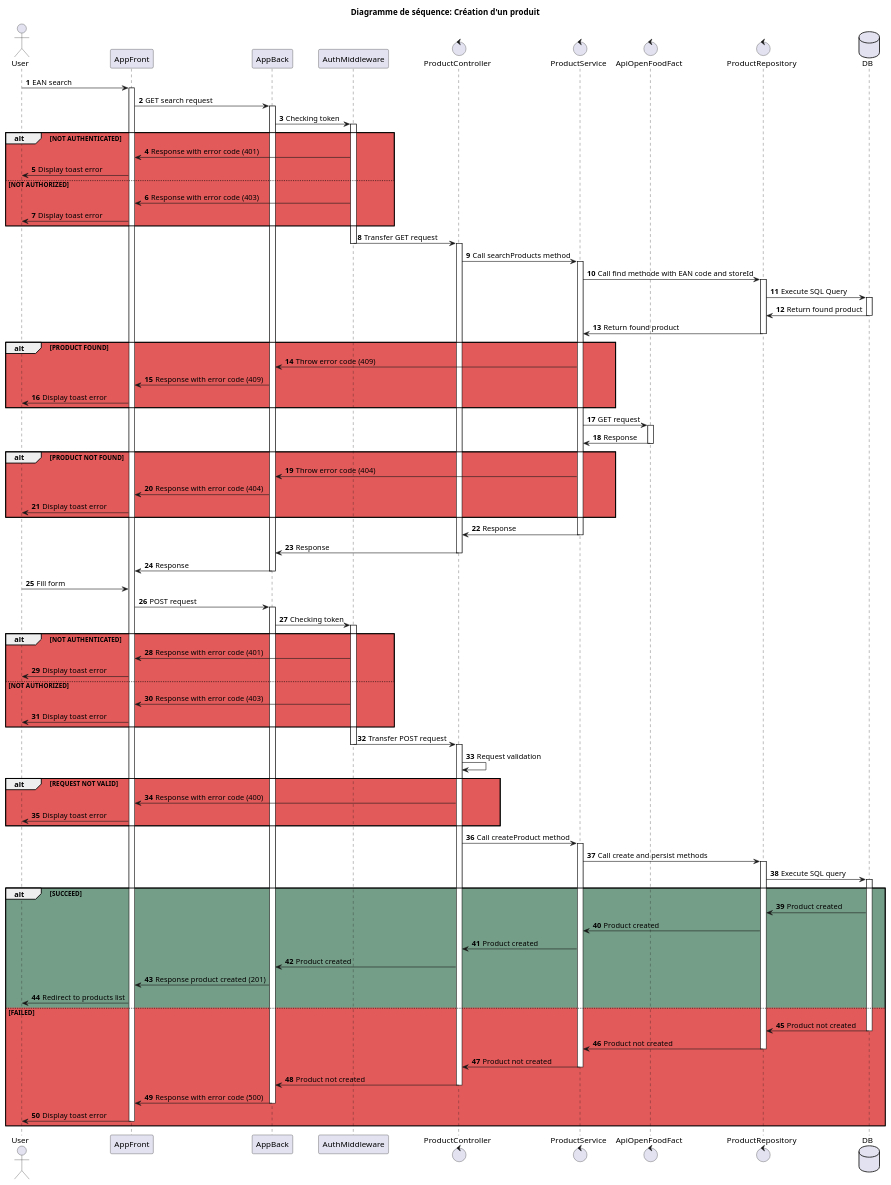
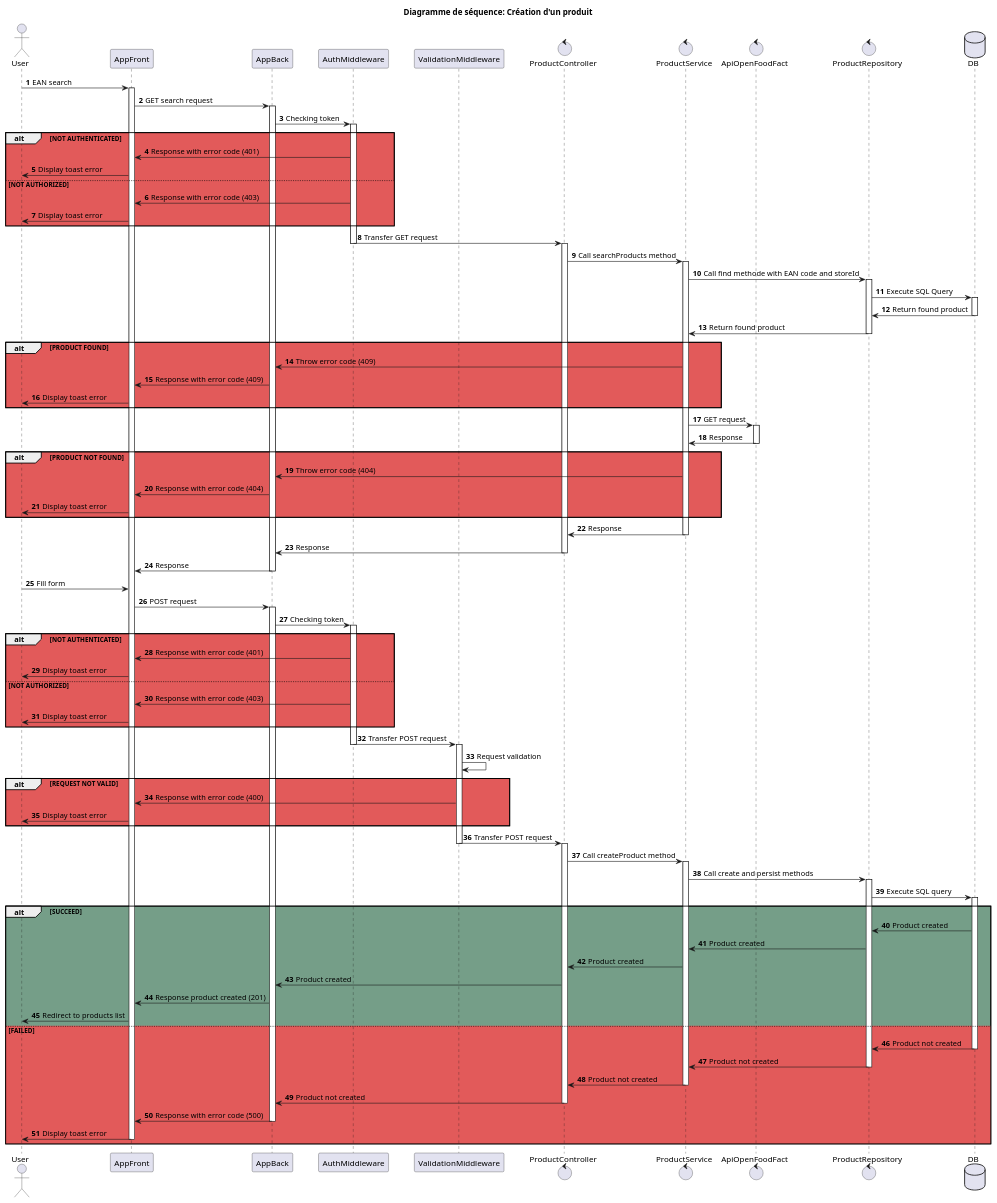
The diagram in docs/uml/diagram-sequence-create-product.puml (lequanos/projet-09-gestion-de-magasin-back), drawn with PlantUML before and after one commit. The commit also changed 4 other files, not shown here.

```diff
--- a/docs/uml/diagram-sequence-create-product.puml
+++ b/docs/uml/diagram-sequence-create-product.puml
@@ -1,145 +1,150 @@
 @startuml diagram-sequence-create-product
 
 actor       User      as user
 participant AppFront as app
 participant AppBack as appBack
 participant AuthMiddleware as auth
+participant ValidationMiddleware as valid
 control     ProductController    as ctr
 control     ProductService    as srv
 control     ApiOpenFoodFact    as apifood
 control     ProductRepository   as repo
 database DB as db
 
 
 title Diagramme de séquence: Création d'un produit
 
 autonumber
 
 user -> app : EAN search
 activate app
 
 app -> appBack : GET search request
 activate appBack
 appBack -> auth : Checking token
 activate auth
 
 alt #E25A5A NOT AUTHENTICATED
 
   auth -> app : Response with error code (401)
   app -> user : Display toast error
 
 else NOT AUTHORIZED
   
   auth -> app : Response with error code (403)
   app -> user : Display toast error
 
 end
 
 auth -> ctr : Transfer GET request
 deactivate auth
 activate ctr
 
 ctr -> srv : Call searchProducts method
 activate srv
 srv -> repo : Call find methode with EAN code and storeId
 activate repo
 repo -> db : Execute SQL Query
 activate db
 db -> repo : Return found product
 deactivate db
 repo -> srv : Return found product
 deactivate repo
 
 alt #E25A5A PRODUCT FOUND
 
   srv -> appBack : Throw error code (409)
   appBack -> app : Response with error code (409)
   app -> user : Display toast error
 
 end
 
 srv -> apifood : GET request
 activate apifood
 apifood -> srv : Response
 deactivate apifood
 
 alt #E25A5A PRODUCT NOT FOUND
 
   srv -> appBack : Throw error code (404)
   appBack -> app : Response with error code (404)
   app -> user : Display toast error
 
 end
 
 srv -> ctr : Response
 deactivate srv
 ctr -> appBack : Response
 deactivate ctr
 appBack -> app : Response
 deactivate appBack
 
 user -> app : Fill form
 
 app -> appBack : POST request
 activate appBack
 appBack -> auth : Checking token
 activate auth
 
 alt #E25A5A NOT AUTHENTICATED
 
   auth -> app : Response with error code (401)
   app -> user : Display toast error
 
 else NOT AUTHORIZED
   
   auth -> app : Response with error code (403)
   app -> user : Display toast error
 
 end
 
-auth -> ctr : Transfer POST request
+auth -> valid : Transfer POST request
 deactivate auth
-activate ctr
-ctr -> ctr : Request validation
+activate valid
+valid -> valid : Request validation
 
 alt #E25A5A REQUEST NOT VALID
 
-  ctr -> app : Response with error code (400)
+  valid -> app : Response with error code (400)
   app -> user : Display toast error
 
 end
+valid -> ctr : Transfer POST request
+deactivate valid
+activate ctr
+
 
 ctr -> srv : Call createProduct method
 activate srv
 srv -> repo : Call create and persist methods
 activate repo
 repo -> db : Execute SQL query
 activate db
 
 alt #759E88 SUCCEED
 
   db -> repo : Product created
   repo -> srv : Product created
   srv -> ctr : Product created
   ctr -> appBack : Product created
   appBack -> app : Response product created (201)
   app -> user : Redirect to products list
 
 else #E25A5A FAILED
 
   db -> repo : Product not created
   deactivate db
   repo -> srv : Product not created
   deactivate repo
   srv -> ctr : Product not created
   deactivate srv
   ctr -> appBack : Product not created
   deactivate ctr
   appBack -> app : Response with error code (500)
   deactivate appBack
   app -> user : Display toast error
   deactivate app
 
 end
 
 @enduml
```
